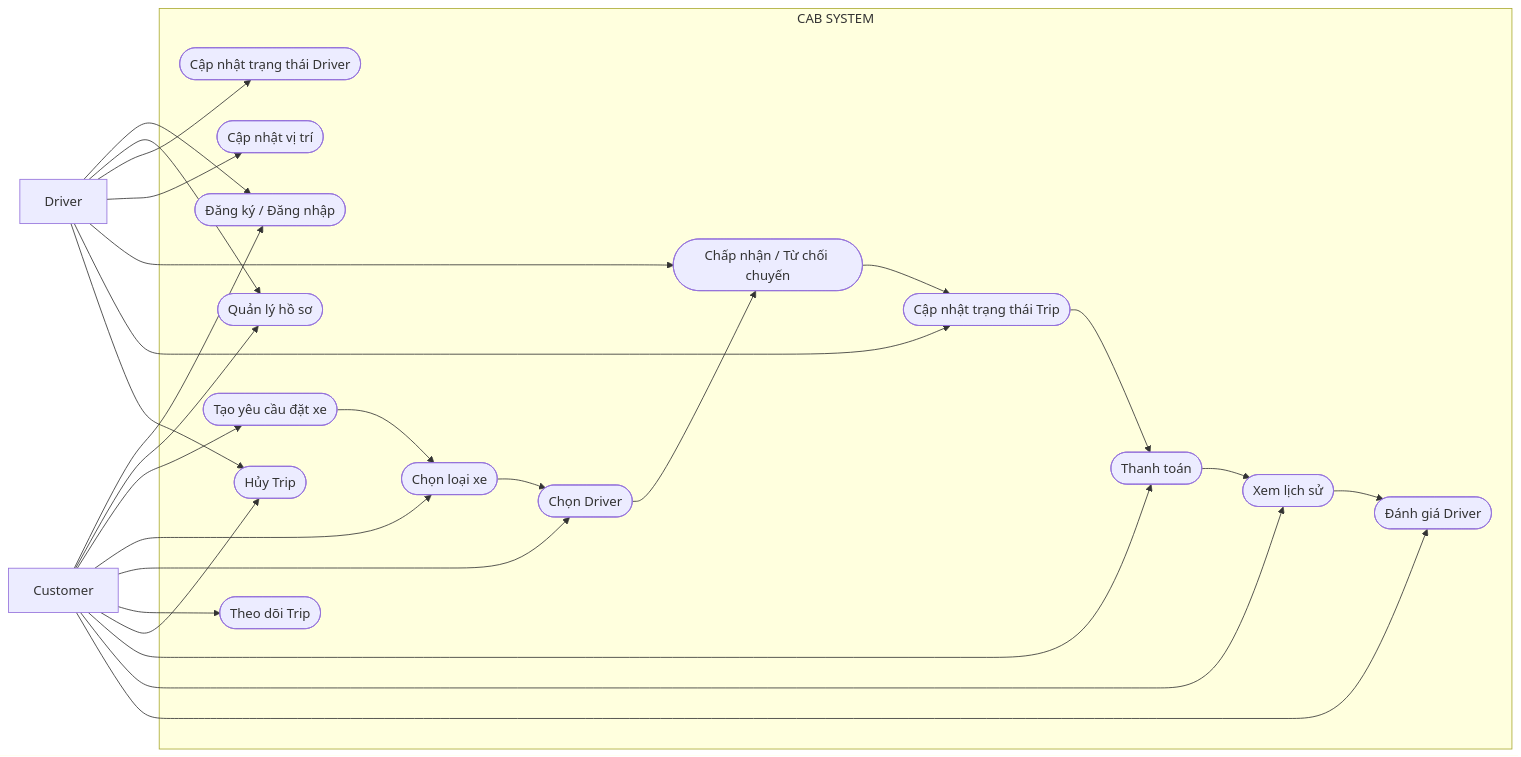
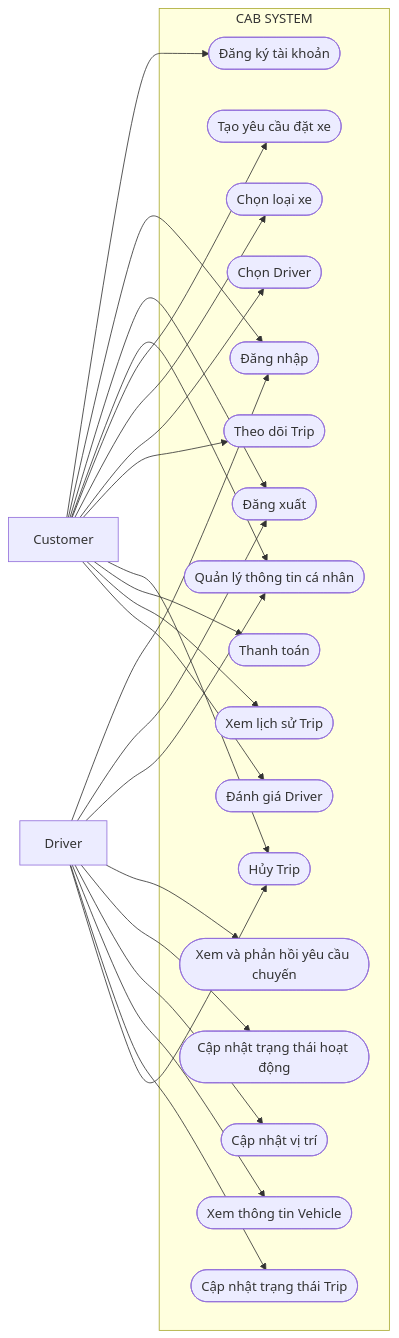
The fourth of 4 diagrams in SRS.md (ntthuyvy0205-source/23662281_NguyenThiThuyVy_CABSYSTEM), drawn with Mermaid before and after one commit. The commit also changed other lines of this file, not shown here.

````diff
--- a/SRS.md
+++ b/SRS.md
@@ -582,57 +591,49 @@
 ```mermaid
 flowchart LR
 
     C[Customer]
     D[Driver]
 
     subgraph CAB[CAB SYSTEM]
-
-        AUTH([Đăng ký / Đăng nhập])
-        PROFILE([Quản lý hồ sơ])
-
-        BOOK([Tạo yêu cầu đặt xe])
-        VEHICLE([Chọn loại xe])
-        SELECT([Chọn Driver])
-
-        RESPONSE([Chấp nhận / Từ chối chuyến])
-
-        STATUS([Cập nhật trạng thái Driver])
-        LOCATION([Cập nhật vị trí])
-
-        TRACK([Theo dõi Trip])
-        TRIP([Cập nhật trạng thái Trip])
-        CANCEL([Hủy Trip])
-
-        PAYMENT([Thanh toán])
-        HISTORY([Xem lịch sử])
-        RATING([Đánh giá Driver])
-
+        UC01([Đăng ký tài khoản])
+        UC02([Đăng nhập])
+        UC03([Đăng xuất])
+        UC04([Quản lý thông tin cá nhân])
+        UC05([Tạo yêu cầu đặt xe])
+        UC06([Chọn loại xe])
+        UC07([Chọn Driver])
+        UC08([Xem và phản hồi yêu cầu chuyến])
+        UC09([Cập nhật trạng thái hoạt động])
+        UC10([Cập nhật vị trí])
+        UC11([Xem thông tin Vehicle])
+        UC12([Theo dõi Trip])
+        UC13([Cập nhật trạng thái Trip])
+        UC14([Hủy Trip])
+        UC15([Thanh toán])
+        UC16([Xem lịch sử Trip])
+        UC17([Đánh giá Driver])
     end
 
-    C --> AUTH
-    C --> PROFILE
-    C --> BOOK
-    C --> VEHICLE
-    C --> SELECT
-    C --> TRACK
-    C --> CANCEL
-    C --> PAYMENT
-    C --> HISTORY
-    C --> RATING
+    C --> UC01
+    C --> UC02
+    C --> UC03
+    C --> UC04
+    C --> UC05
+    C --> UC06
+    C --> UC07
+    C --> UC12
+    C --> UC14
+    C --> UC15
+    C --> UC16
+    C --> UC17
 
-    D --> AUTH
-    D --> PROFILE
-    D --> STATUS
-    D --> LOCATION
-    D --> RESPONSE
-    D --> TRIP
-    D --> CANCEL
-
-    BOOK --> VEHICLE
-    VEHICLE --> SELECT
-    SELECT --> RESPONSE
-    RESPONSE --> TRIP
-    TRIP --> PAYMENT
-    PAYMENT --> HISTORY
-    HISTORY --> RATING
+    D --> UC02
+    D --> UC03
+    D --> UC04
+    D --> UC08
+    D --> UC09
+    D --> UC10
+    D --> UC11
+    D --> UC13
+    D --> UC14
 ```
````
